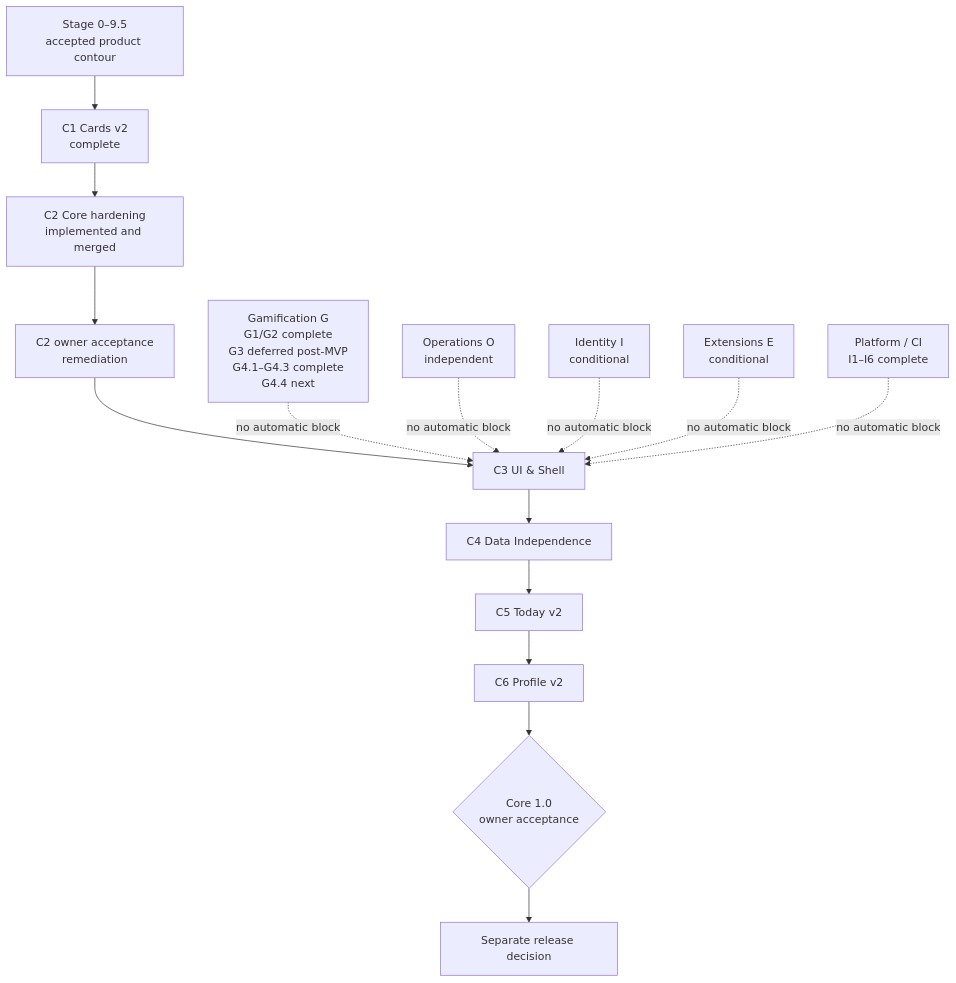
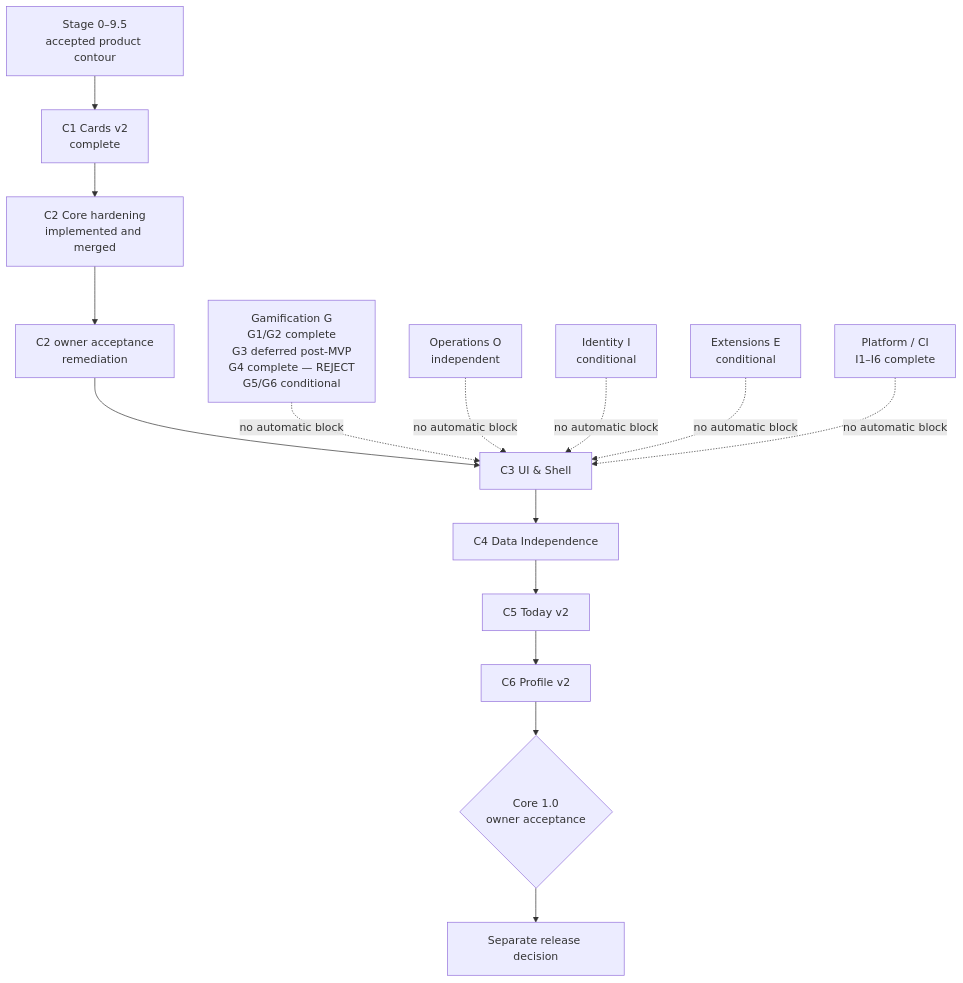
One commit to AliceLiddell01/anki-study-report changed the diagram in roadmap/README.md. Above: the diagram before and after it, drawn with Mermaid. The commit also changed other lines of this file and 12 other files, not shown here.

````diff
--- a/roadmap/README.md
+++ b/roadmap/README.md
@@ -9,24 +9,24 @@
 ```mermaid
 flowchart TB
     S[Stage 0–9.5<br/>accepted product contour] --> C1[C1 Cards v2<br/>complete]
     C1 --> C2[C2 Core hardening<br/>implemented and merged]
     C2 --> A[C2 owner acceptance<br/>remediation]
     A --> C3[C3 UI & Shell]
     C3 --> C4[C4 Data Independence]
     C4 --> C5[C5 Today v2]
     C5 --> C6[C6 Profile v2]
     C6 --> R{Core 1.0<br/>owner acceptance}
     R --> REL[Separate release decision]
 
-    G[Gamification G<br/>G1/G2 complete<br/>G3 deferred post-MVP<br/>G4.1–G4.3 complete<br/>G4.4 next]
+    G[Gamification G<br/>G1/G2 complete<br/>G3 deferred post-MVP<br/>G4 complete — REJECT<br/>G5/G6 conditional]
     O[Operations O<br/>independent]
     I[Identity I<br/>conditional]
     E[Extensions E<br/>conditional]
     P[Platform / CI<br/>I1–I6 complete]
 
     G -. no automatic block .-> C3
     O -. no automatic block .-> C3
     I -. no automatic block .-> C3
     E -. no automatic block .-> C3
     P -. no automatic block .-> C3
 ```
````
